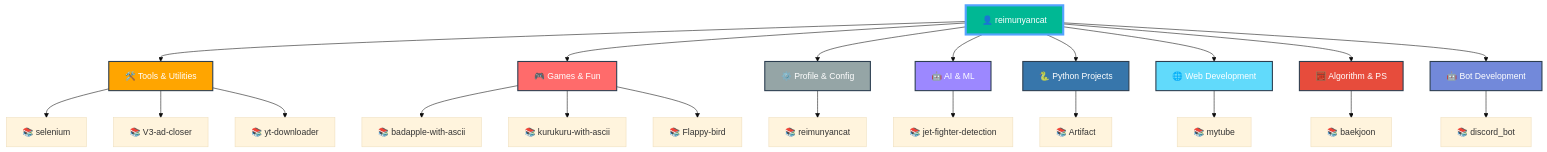
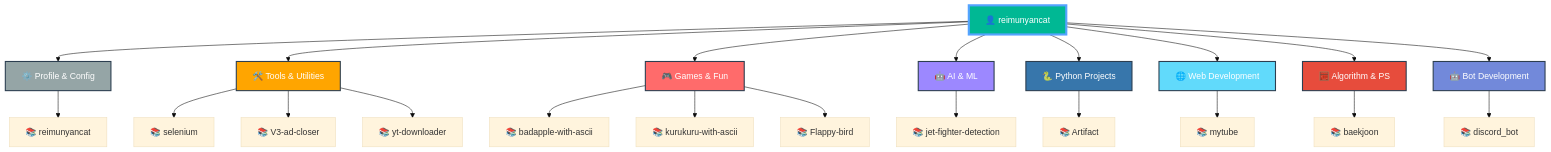
Before and after one commit to reimunyancat/reimunyancat: the diagram in README.md, drawn with Mermaid (base theme).

Commit message:
🤖 Auto-update README with latest repositories

````diff
--- a/README.md
+++ b/README.md
@@ -159,42 +159,42 @@
 ```mermaid
 graph TD
   A[👤 reimunyancat]
 
-  A --> CAT0[🛠️ Tools & Utilities]
-  CAT0 --> CAT0_0[📚 selenium]
-  CAT0 --> CAT0_1[📚 V3-ad-closer]
-  CAT0 --> CAT0_2[📚 yt-downloader]
+  A --> CAT0[⚙️ Profile & Config]
+  CAT0 --> CAT0_0[📚 reimunyancat]
 
-  A --> CAT1[🎮 Games & Fun]
-  CAT1 --> CAT1_0[📚 badapple-with-ascii]
-  CAT1 --> CAT1_1[📚 kurukuru-with-ascii]
-  CAT1 --> CAT1_2[📚 Flappy-bird]
+  A --> CAT1[🛠️ Tools & Utilities]
+  CAT1 --> CAT1_0[📚 selenium]
+  CAT1 --> CAT1_1[📚 V3-ad-closer]
+  CAT1 --> CAT1_2[📚 yt-downloader]
 
-  A --> CAT2[⚙️ Profile & Config]
-  CAT2 --> CAT2_0[📚 reimunyancat]
+  A --> CAT2[🎮 Games & Fun]
+  CAT2 --> CAT2_0[📚 badapple-with-ascii]
+  CAT2 --> CAT2_1[📚 kurukuru-with-ascii]
+  CAT2 --> CAT2_2[📚 Flappy-bird]
 
   A --> CAT3[🤖 AI & ML]
   CAT3 --> CAT3_0[📚 jet-fighter-detection]
 
   A --> CAT4[🐍 Python Projects]
   CAT4 --> CAT4_0[📚 Artifact]
 
   A --> CAT5[🌐 Web Development]
   CAT5 --> CAT5_0[📚 mytube]
 
   A --> CAT6[🧮 Algorithm & PS]
   CAT6 --> CAT6_0[📚 baekjoon]
 
   A --> CAT7[🤖 Bot Development]
   CAT7 --> CAT7_0[📚 discord_bot]
 
   style A fill:#00b894,stroke:#55a3ff,stroke-width:4px,color:#fff
-  style CAT0 fill:#ffa500,stroke:#2c3e50,stroke-width:2px,color:#fff
-  style CAT1 fill:#ff6b6b,stroke:#2c3e50,stroke-width:2px,color:#fff
-  style CAT2 fill:#95a5a6,stroke:#2c3e50,stroke-width:2px,color:#fff
+  style CAT0 fill:#95a5a6,stroke:#2c3e50,stroke-width:2px,color:#fff
+  style CAT1 fill:#ffa500,stroke:#2c3e50,stroke-width:2px,color:#fff
+  style CAT2 fill:#ff6b6b,stroke:#2c3e50,stroke-width:2px,color:#fff
   style CAT3 fill:#9c88ff,stroke:#2c3e50,stroke-width:2px,color:#fff
   style CAT4 fill:#3776ab,stroke:#2c3e50,stroke-width:2px,color:#fff
   style CAT5 fill:#61dafb,stroke:#2c3e50,stroke-width:2px,color:#fff
   style CAT6 fill:#e74c3c,stroke:#2c3e50,stroke-width:2px,color:#fff
   style CAT7 fill:#7289da,stroke:#2c3e50,stroke-width:2px,color:#fff
 ```
````
